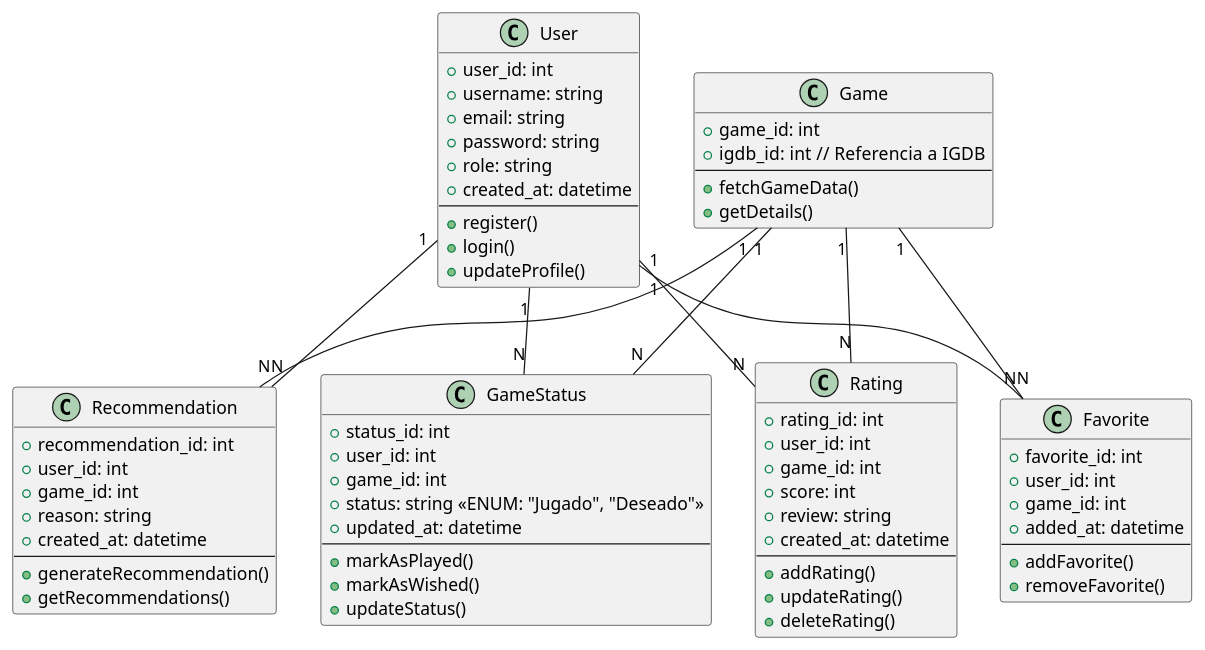
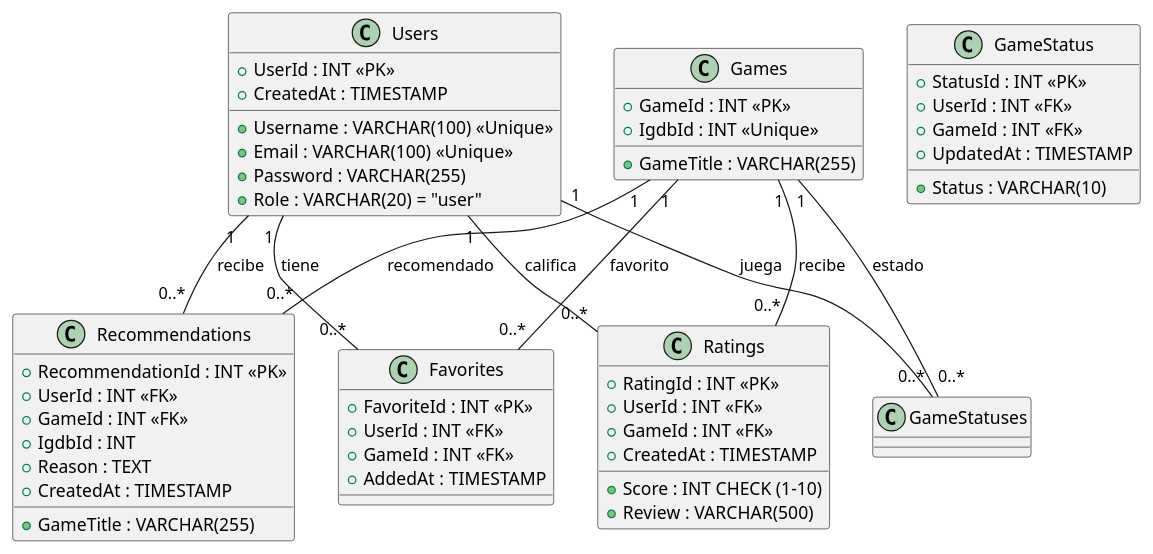
The diagram in BBDD/UML.puml (Ivannunezrodriguez/Proyecto_Unir), drawn with PlantUML before and after one commit. The commit also changed 34 other files, not shown here.

```diff
--- a/BBDD/UML.puml
+++ b/BBDD/UML.puml
@@ -1,78 +1,61 @@
 @startuml
-class User {
-  + user_id: int
-  + username: string
-  + email: string
-  + password: string
-  + role: string
-  + created_at: datetime
-  --
-  + register()
-  + login()
-  + updateProfile()
+
+class Users {
+  +UserId : INT <<PK>>
+  +Username : VARCHAR(100) <<Unique>>
+  +Email : VARCHAR(100) <<Unique>>
+  +Password : VARCHAR(255)
+  +Role : VARCHAR(20) = "user"
+  +CreatedAt : TIMESTAMP
 }
 
-class Game {
-  + game_id: int
-  + igdb_id: int  // Referencia a IGDB
-  --
-  + fetchGameData()
-  + getDetails()
+class Games {
+  +GameId : INT <<PK>>
+  +IgdbId : INT <<Unique>>
+  +GameTitle : VARCHAR(255)
 }
 
-class Rating {
-  + rating_id: int
-  + user_id: int
-  + game_id: int
-  + score: int
-  + review: string
-  + created_at: datetime
-  --
-  + addRating()
-  + updateRating()
-  + deleteRating()
-}
-
-class Favorite {
-  + favorite_id: int
-  + user_id: int
-  + game_id: int
-  + added_at: datetime
-  --
-  + addFavorite()
-  + removeFavorite()
-}
-
-class Recommendation {
-  + recommendation_id: int
-  + user_id: int
-  + game_id: int
-  + reason: string
-  + created_at: datetime
-  --
-  + generateRecommendation()
-  + getRecommendations()
+class Ratings {
+  +RatingId : INT <<PK>>
+  +UserId : INT <<FK>>
+  +GameId : INT <<FK>>
+  +Score : INT CHECK (1-10)
+  +Review : VARCHAR(500)
+  +CreatedAt : TIMESTAMP
 }
 
 class GameStatus {
-  + status_id: int
-  + user_id: int
-  + game_id: int
-  + status: string <<ENUM: "Jugado", "Deseado">>
-  + updated_at: datetime
-  --
-  + markAsPlayed()
-  + markAsWished()
-  + updateStatus()
+  +StatusId : INT <<PK>>
+  +UserId : INT <<FK>>
+  +GameId : INT <<FK>>
+  +Status : VARCHAR(10) 
+  +UpdatedAt : TIMESTAMP
 }
 
-User "1" -- "N" Rating
-User "1" -- "N" Favorite
-User "1" -- "N" Recommendation
-User "1" -- "N" GameStatus
+class Favorites {
+  +FavoriteId : INT <<PK>>
+  +UserId : INT <<FK>>
+  +GameId : INT <<FK>>
+  +AddedAt : TIMESTAMP
+}
 
-Game "1" -- "N" Rating
-Game "1" -- "N" Favorite
-Game "1" -- "N" Recommendation
-Game "1" -- "N" GameStatus
+class Recommendations {
+  +RecommendationId : INT <<PK>>
+  +UserId : INT <<FK>>
+  +GameId : INT <<FK>>
+  +IgdbId : INT
+  +GameTitle : VARCHAR(255)
+  +Reason : TEXT
+  +CreatedAt : TIMESTAMP
+}
+
+Users "1" -- "0..*" Ratings : califica
+Users "1" -- "0..*" GameStatuses : juega
+Users "1" -- "0..*" Favorites : tiene
+Users "1" -- "0..*" Recommendations : recibe
+Games "1" -- "0..*" Ratings : recibe
+Games "1" -- "0..*" GameStatuses : estado
+Games "1" -- "0..*" Favorites : favorito
+Games "1" -- "0..*" Recommendations : recomendado
+
 @enduml
```
